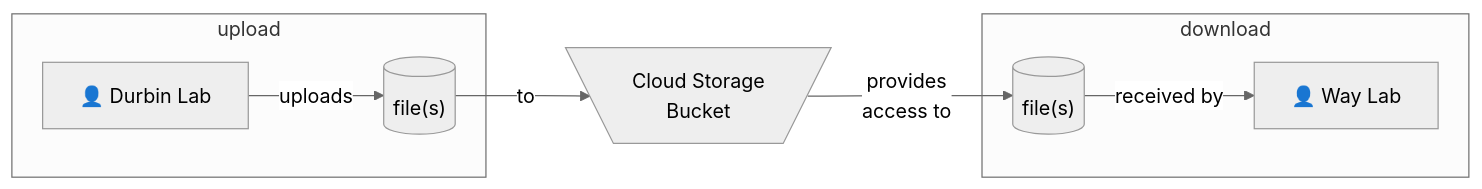
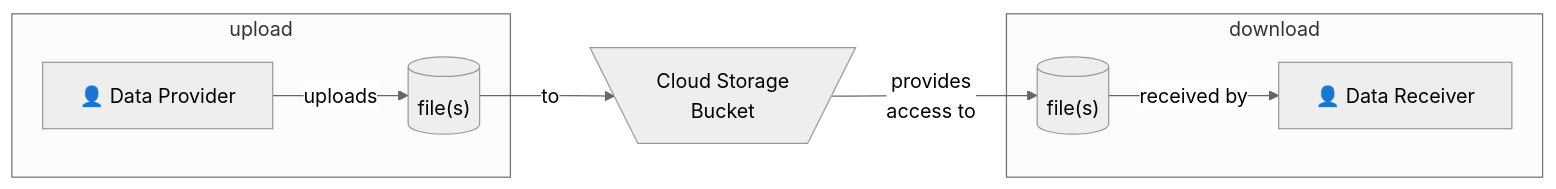
One commit to CU-DBMI/gc-cloud-storage-bucket changed the diagram in README.md. Above: the diagram before and after it, drawn with Mermaid (neutral theme). The commit also changed other lines of this file, not shown here.

Commit message:
update readme for accurate role descriptions

````diff
--- a/README.md
+++ b/README.md
@@ -3,18 +3,18 @@
 ```mermaid
 flowchart LR
     subgraph upload
       files[("file(s)")]
-      durbinlab["👤 Durbin Lab"]
+      data-provider["👤 Data Provider"]
 
     end
     subgraph download
-      waylab["👤 Way Lab"]
+      data-receiver["👤 Data Receiver"]
       files2[("file(s)")]
     end
     bucket[\"Cloud Storage\n Bucket"/]
     files --> |to| bucket
-    durbinlab --> |uploads| files
+    data-provider --> |uploads| files
     bucket --> |provides\naccess to| files2
-    files2 --> |received by| waylab
+    files2 --> |received by| data-receiver
 
 ```
````
